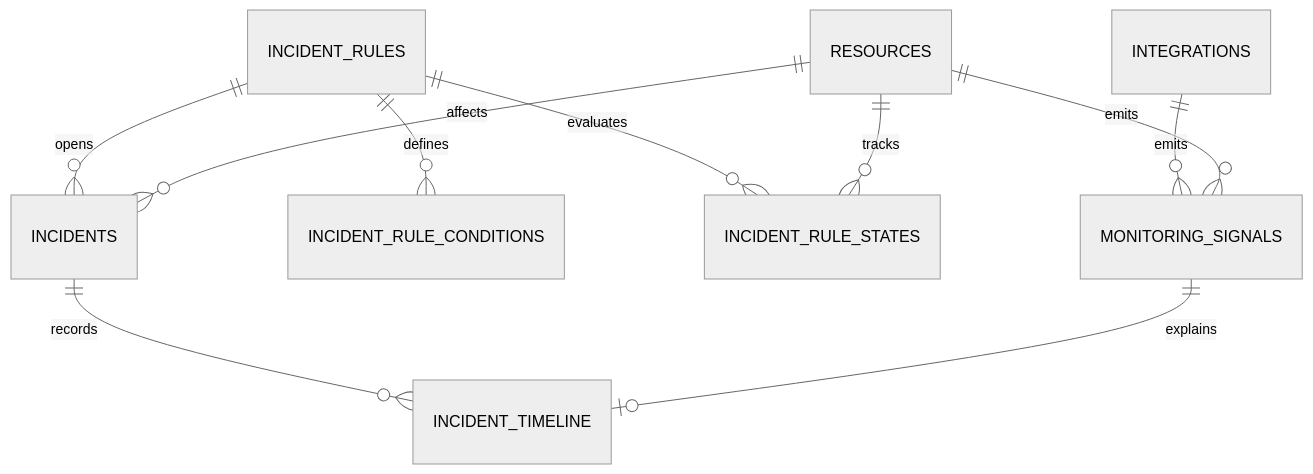
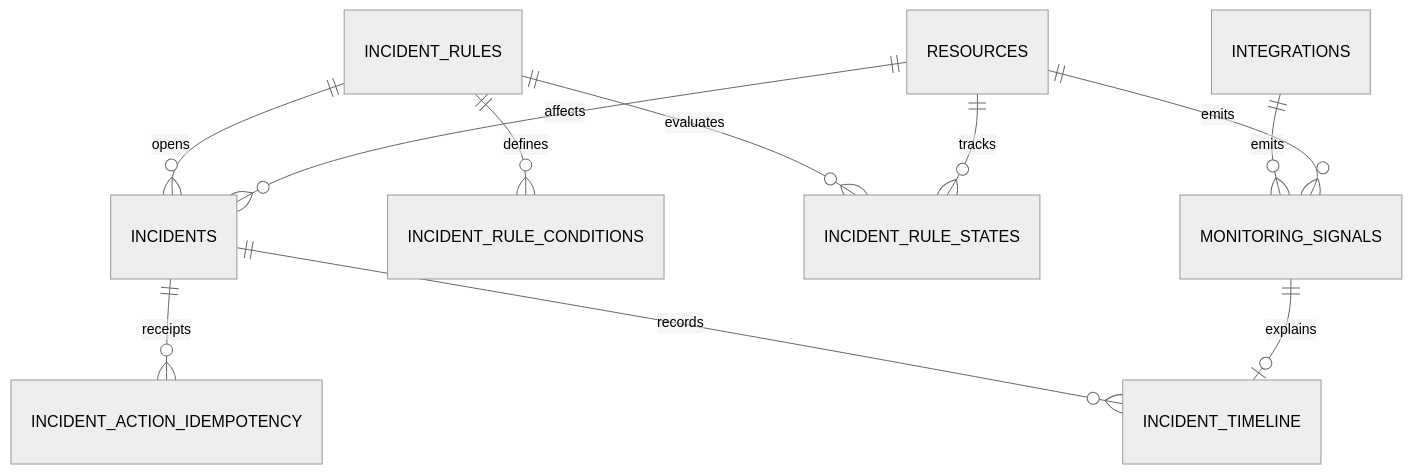
One commit to PrincepsVIIII/Espial changed the second of 2 diagrams in docs/architecture/DATA_MODEL.md. Above: the diagram before and after it, drawn with Mermaid (neutral theme). The commit also changed other lines of this file and 36 other files, not shown here.

````diff
--- a/docs/architecture/DATA_MODEL.md
+++ b/docs/architecture/DATA_MODEL.md
@@ -151,12 +151,13 @@
 ```mermaid
 erDiagram
     INTEGRATIONS ||--o{ MONITORING_SIGNALS : emits
     RESOURCES ||--o{ MONITORING_SIGNALS : emits
     INCIDENT_RULES ||--o{ INCIDENT_RULE_CONDITIONS : defines
     INCIDENT_RULES ||--o{ INCIDENT_RULE_STATES : evaluates
     RESOURCES ||--o{ INCIDENT_RULE_STATES : tracks
     INCIDENT_RULES ||--o{ INCIDENTS : opens
     RESOURCES ||--o{ INCIDENTS : affects
     INCIDENTS ||--o{ INCIDENT_TIMELINE : records
+    INCIDENTS ||--o{ INCIDENT_ACTION_IDEMPOTENCY : receipts
     MONITORING_SIGNALS ||--o| INCIDENT_TIMELINE : explains
 ```
````
